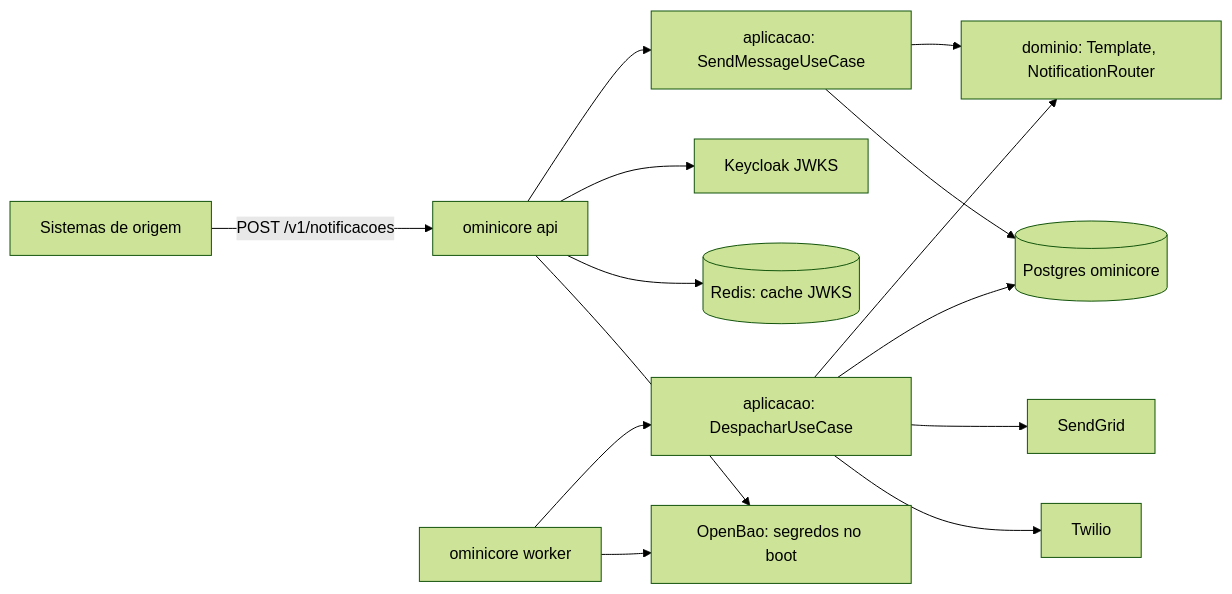
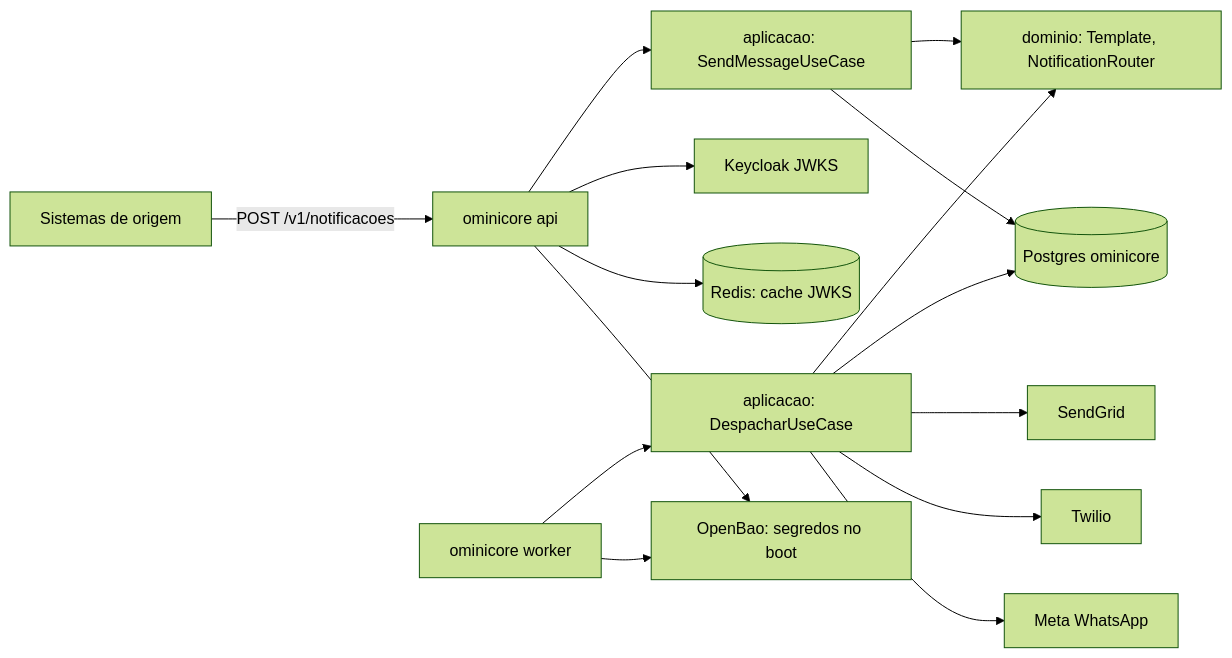
Before and after one commit to mauriciomiwa/ominicore-service: the diagram in DOC/System/mapa/visao-geral.md, drawn with Mermaid (forest theme). The commit also changed other lines of this file and 55 other files, not shown here.

````diff
--- a/DOC/System/mapa/visao-geral.md
+++ b/DOC/System/mapa/visao-geral.md
@@ -13,14 +13,15 @@
 ```mermaid
 graph LR
   S[Sistemas de origem] -->|POST /v1/notificacoes| API[ominicore api]
   API --> APP[aplicacao: SendMessageUseCase]
   W[ominicore worker] --> DESP[aplicacao: DespacharUseCase]
   APP --> DOM[dominio: Template, NotificationRouter]
   DESP --> DOM
   APP & DESP --> PG[(Postgres ominicore)]
   DESP --> SG[SendGrid]
   DESP --> TW[Twilio]
+  DESP --> WA[Meta WhatsApp]
   API --> KC[Keycloak JWKS]
   API --> RD[(Redis: cache JWKS)]
   API & W --> BAO[OpenBao: segredos no boot]
 ```
````
